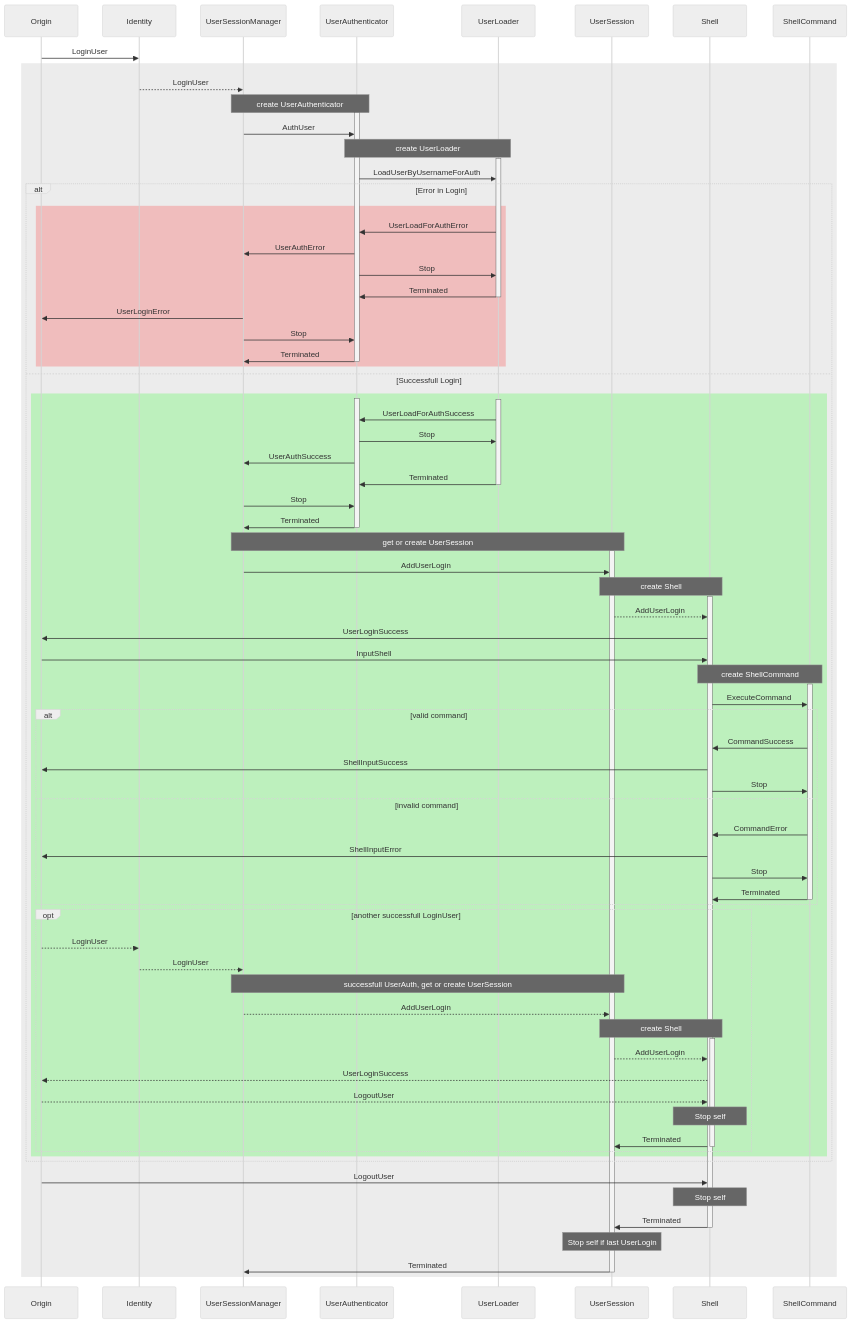
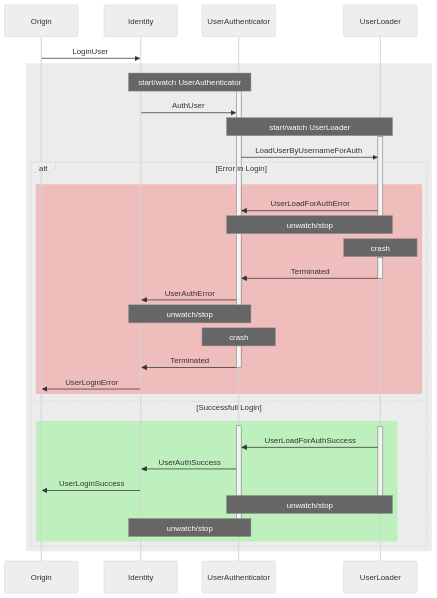
Before and after one commit to flensrocker/Actor.GameHub: the diagram in src/Actor.GameHub.Identity.Abstractions/identity-model.mmd, drawn with Mermaid (neutral theme). The commit also changed 2 other files, not shown here.

Commit message:
update diagrams

```diff
--- a/src/Actor.GameHub.Identity.Abstractions/identity-model.mmd
+++ b/src/Actor.GameHub.Identity.Abstractions/identity-model.mmd
@@ -1,89 +1,46 @@
 sequenceDiagram
   participant o as Origin
   participant id as Identity
-  participant usm as UserSessionManager
   participant au as UserAuthenticator
   participant lo as UserLoader
-  participant us as UserSession
-  participant sh as Shell
-  participant sc as ShellCommand
 
   o->>id:LoginUser
   rect rgba(160, 160, 160, .2)
-    id-->>usm:LoginUser
-    Note over usm,au:create UserAuthenticator
+    Note over id,au:start/watch UserAuthenticator
     activate au
-    usm->>au:AuthUser
-    Note over au,lo:create UserLoader
+    id->>au:AuthUser
+    Note over au,lo:start/watch UserLoader
     activate lo
     au->>lo:LoadUserByUsernameForAuth
     alt Error in Login
       rect rgba(255, 0, 0, .2)
         lo->>au:UserLoadForAuthError
-        au->>usm:UserAuthError
-        au->>lo:Stop
+        Note over au,lo:unwatch/stop
+        deactivate lo
+        Note over lo:crash
+        activate lo
         lo->>au:Terminated
         deactivate lo
-        usm->>o:UserLoginError
-        usm->>au:Stop
-        au->>usm:Terminated
+        au->>id:UserAuthError
+        Note over id,au:unwatch/stop
         deactivate au
+        Note over au:crash
+        activate au
+        au->>id:Terminated
+        deactivate au
+        id->>o:UserLoginError
       end
     else Successfull Login
       rect rgba(0, 255, 0, .2)
         activate au
         activate lo
         lo->>au:UserLoadForAuthSuccess
-        au->>lo:Stop
-        au->>usm:UserAuthSuccess
-        lo->>au:Terminated
+        au->>id:UserAuthSuccess
+        id->>o:UserLoginSuccess
+        Note over au,lo:unwatch/stop
         deactivate lo
-        usm->>au:Stop
-        au->>usm:Terminated
+        Note over id,au:unwatch/stop
         deactivate au
-        Note over usm,us:get or create UserSession
-        activate us
-        usm->>us:AddUserLogin
-        Note over us,sh:create Shell
-        activate sh
-        us-->>sh:AddUserLogin
-        sh->>o:UserLoginSuccess
-        o->>sh:InputShell
-        Note over sh,sc:create ShellCommand
-        activate sc
-        sh->>sc:ExecuteCommand
-        alt valid command
-          sc->>sh:CommandSuccess
-          sh->>o:ShellInputSuccess
-          sh->>sc:Stop
-        else invalid command
-          sc->>sh:CommandError
-          sh->>o:ShellInputError
-          sh->>sc:Stop
-          sc->>sh:Terminated
-          deactivate sc
-        end
-        opt another successfull LoginUser
-          o-->>id:LoginUser
-          id-->>usm:LoginUser
-          Note over usm,us:successfull UserAuth, get or create UserSession
-          usm-->>us:AddUserLogin
-          Note over us,sh:create Shell
-          activate sh
-          us-->>sh:AddUserLogin
-          sh-->>o:UserLoginSuccess
-          o-->>sh:LogoutUser
-          Note over sh:Stop self
-          sh->>us:Terminated
-          deactivate sh
-        end
       end
     end
-    o->>sh:LogoutUser
-    Note over sh:Stop self
-    sh->>us:Terminated
-    deactivate sh
-    Note over us:Stop self if last UserLogin
-    us->>usm:Terminated
-    deactivate us
   end
```
